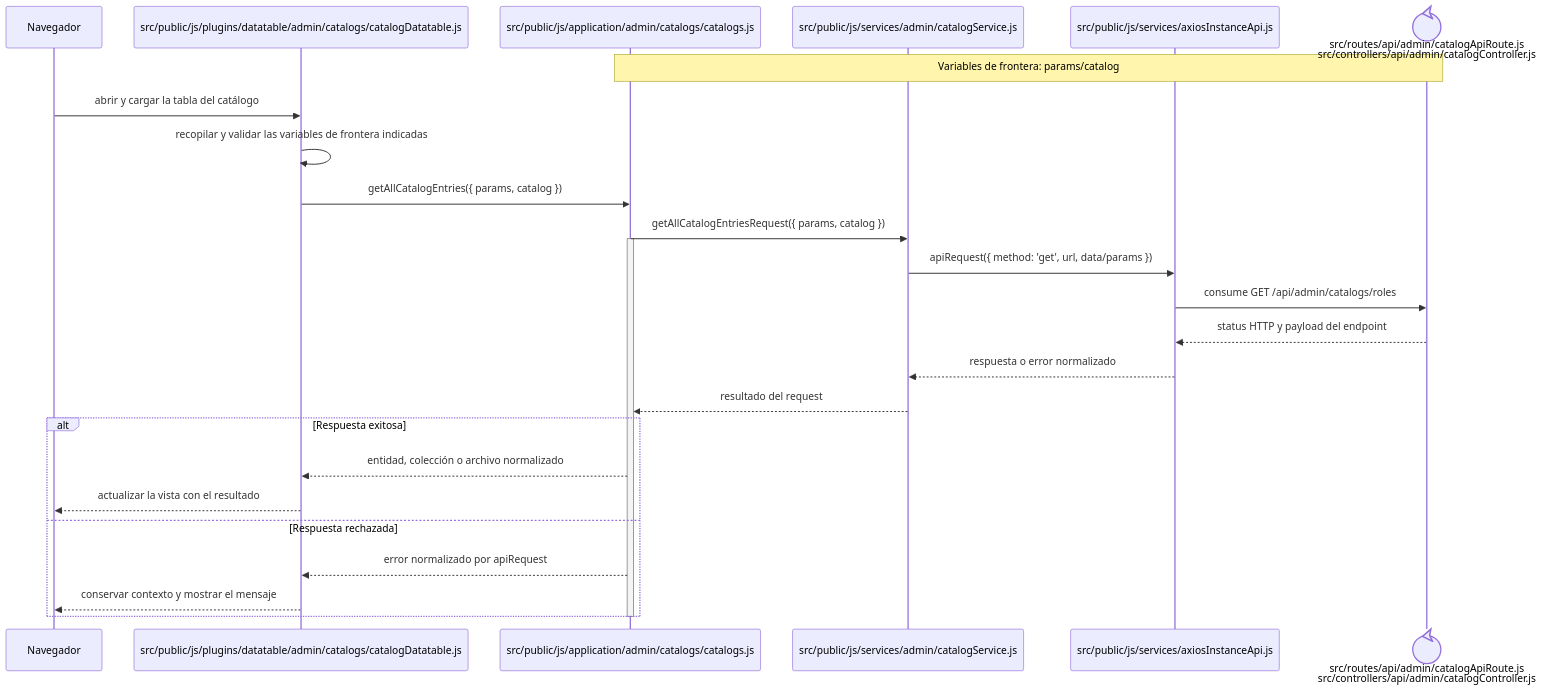
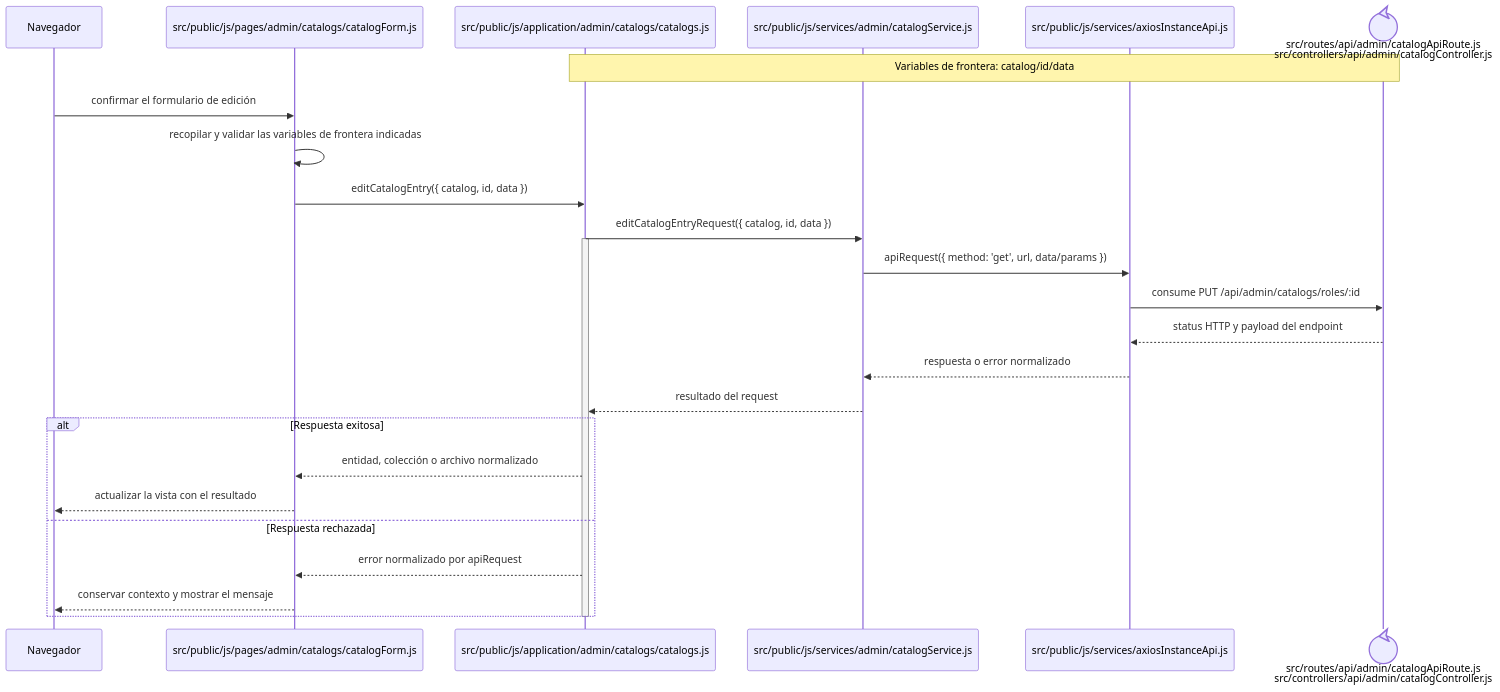
One commit to gpgsistemas01/nexus changed the diagram in docs/architecture/frontend-code-sequences/catalogs/cu-cat-30.md. Above: the diagram before and after it, drawn with Mermaid. The commit also changed other lines of this file and 207 other files, not shown here.

````diff
--- a/docs/architecture/frontend-code-sequences/catalogs/cu-cat-30.md
+++ b/docs/architecture/frontend-code-sequences/catalogs/cu-cat-30.md
@@ -6,29 +6,29 @@
 ```mermaid
 sequenceDiagram
     participant Browser as Navegador
-    participant View as src/public/js/plugins/datatable/admin/catalogs/catalogDatatable.js
+    participant View as src/public/js/pages/admin/catalogs/catalogForm.js
     participant Application as src/public/js/application/admin/catalogs/catalogs.js
     participant Request as src/public/js/services/admin/catalogService.js
     participant HTTP as src/public/js/services/axiosInstanceApi.js
     participant Transport@{ "type": "control" } as src/routes/api/admin/catalogApiRoute.js<br/>src/controllers/api/admin/catalogController.js
-    Note over Application,Transport: Variables de frontera: params/catalog
+    Note over Application,Transport: Variables de frontera: catalog/id/data
 
-    Browser->>View: abrir y cargar la tabla del catálogo
+    Browser->>View: confirmar el formulario de edición
     View->>View: recopilar y validar las variables de frontera indicadas
-    View->>Application: getAllCatalogEntries({ params, catalog })
-    Application->>Request: getAllCatalogEntriesRequest({ params, catalog })
+    View->>Application: editCatalogEntry({ catalog, id, data })
+    Application->>Request: editCatalogEntryRequest({ catalog, id, data })
     activate Application
     Request->>HTTP: apiRequest({ method: 'get', url, data/params })
-    HTTP->>Transport: consume GET /api/admin/catalogs/roles
+    HTTP->>Transport: consume PUT /api/admin/catalogs/roles/:id
     Transport-->>HTTP: status HTTP y payload del endpoint
     HTTP-->>Request: respuesta o error normalizado
     Request-->>Application: resultado del request
     alt Respuesta exitosa
         Application-->>View: entidad, colección o archivo normalizado
         View-->>Browser: actualizar la vista con el resultado
     else Respuesta rechazada
         Application-->>View: error normalizado por apiRequest
         View-->>Browser: conservar contexto y mostrar el mensaje
     end
     deactivate Application
 ```
````
